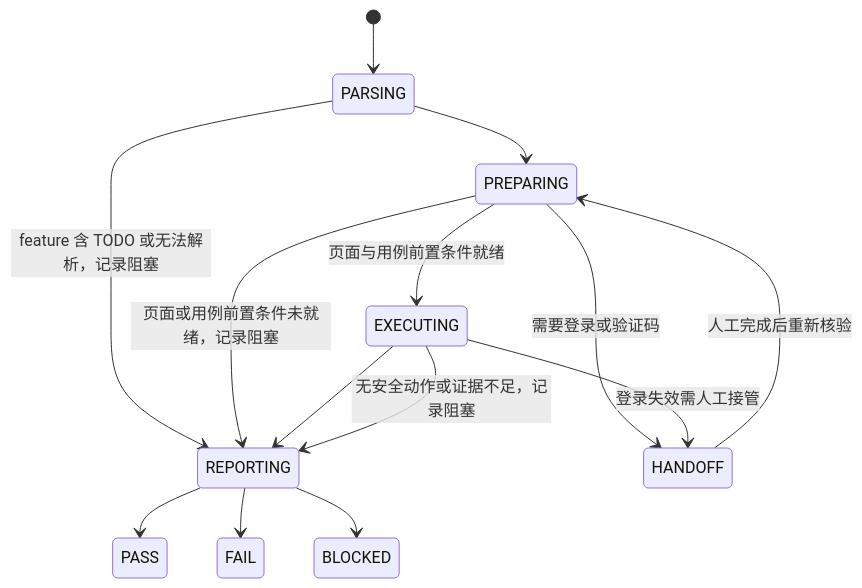
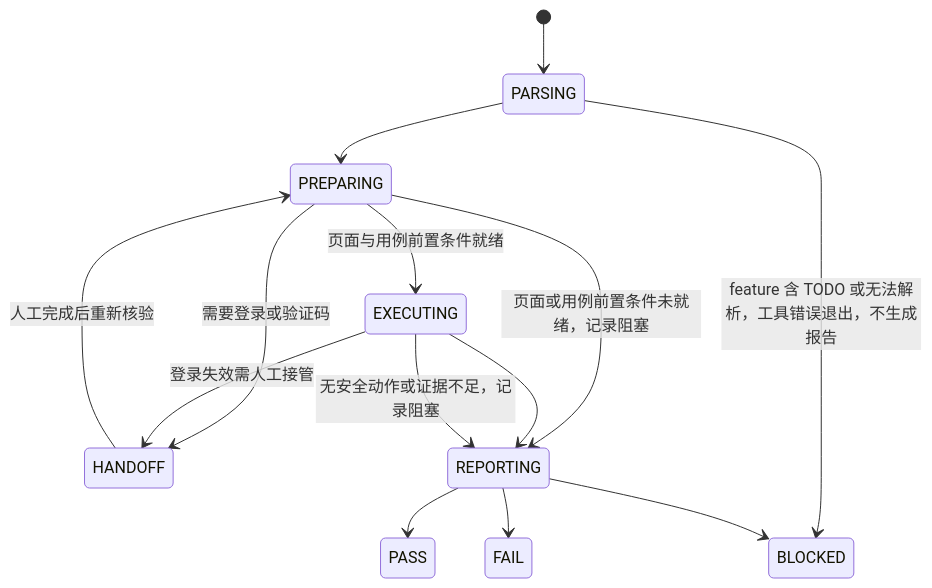
One commit to Mone-Lee/browser-automated changed the fourth of 4 diagrams in docs/browser-test-technical-plan.md. Above: the diagram before and after it, drawn with Mermaid. The commit also changed other lines of this file, not shown here.

````diff
--- a/docs/browser-test-technical-plan.md
+++ b/docs/browser-test-technical-plan.md
@@ -497,16 +541,16 @@
 ```mermaid
 stateDiagram-v2
     [*] --> PARSING
     PARSING --> PREPARING
-    PARSING --> REPORTING: feature 含 TODO 或无法解析，记录阻塞
+    PARSING --> BLOCKED: feature 含 TODO 或无法解析，工具错误退出，不生成报告
     PREPARING --> HANDOFF: 需要登录或验证码
     HANDOFF --> PREPARING: 人工完成后重新核验
     PREPARING --> EXECUTING: 页面与用例前置条件就绪
     PREPARING --> REPORTING: 页面或用例前置条件未就绪，记录阻塞
     EXECUTING --> HANDOFF: 登录失效需人工接管
     EXECUTING --> REPORTING
     EXECUTING --> REPORTING: 无安全动作或证据不足，记录阻塞
     REPORTING --> PASS
     REPORTING --> FAIL
     REPORTING --> BLOCKED
 ```
````
